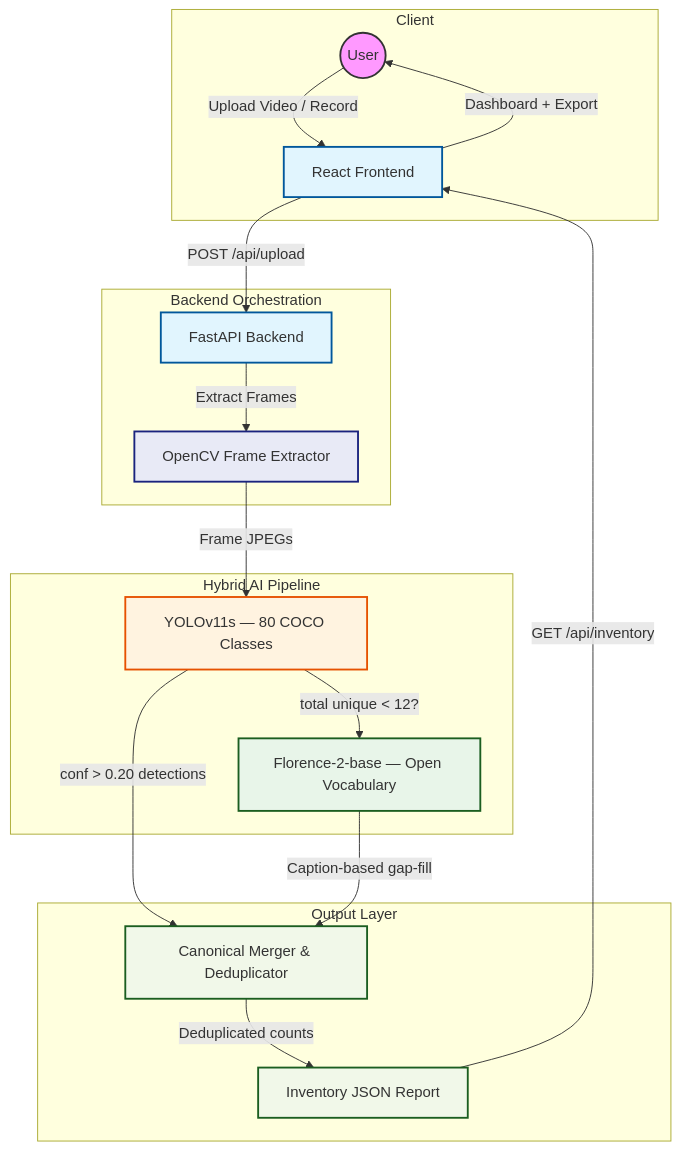
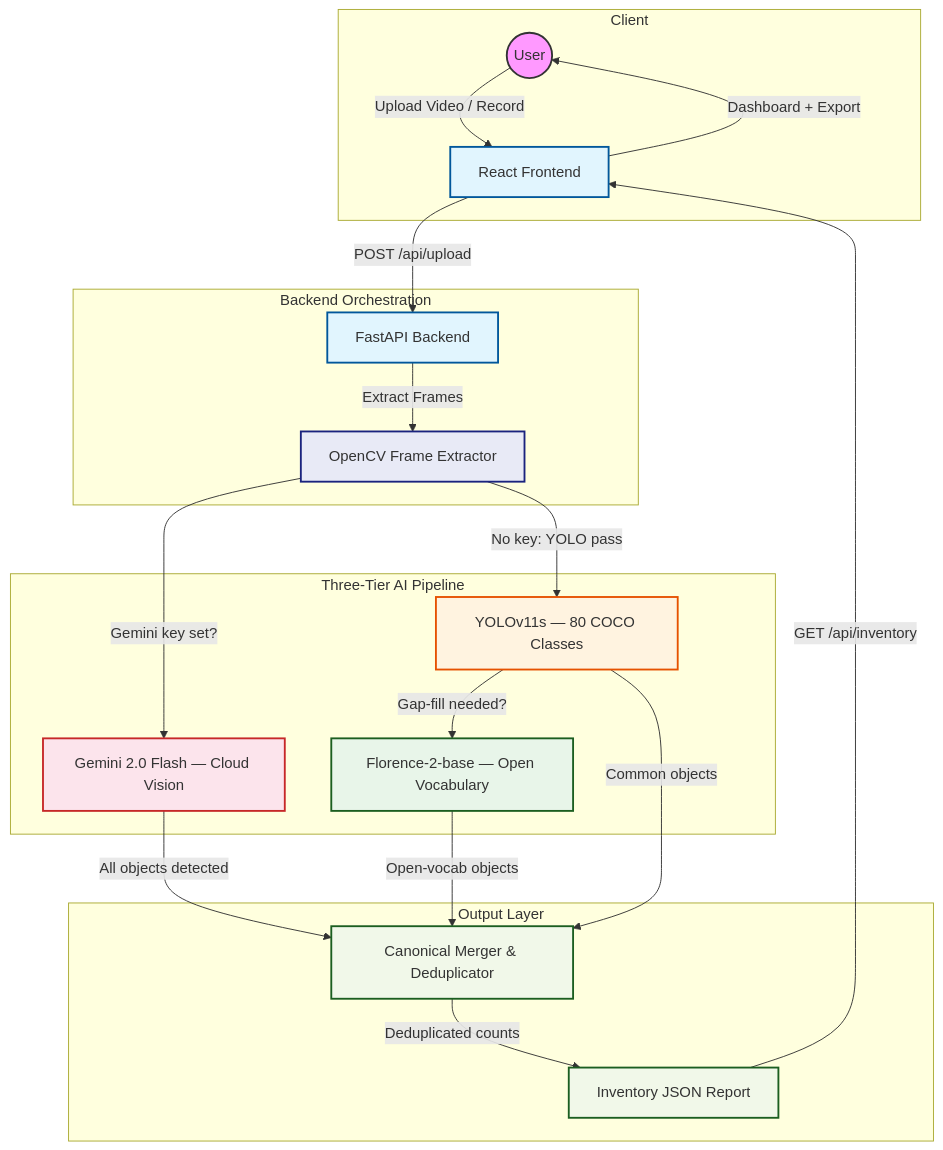
Before and after one commit to hyndhavamahesh345/Vision: the diagram in README.md, drawn with Mermaid. The commit also changed other lines of this file and 1 other file, not shown here.

Commit message:
docs: update README with three-tier pipeline, Gemini primary + Florence-2 fallback

````diff
--- a/README.md
+++ b/README.md
@@ -32,42 +30,46 @@
 ```mermaid
 graph TD
 subgraph Client
   U((User))
   FE[React Frontend]
 end
 
 subgraph "Backend Orchestration"
   BE[FastAPI Backend]
   CV[OpenCV Frame Extractor]
 end
 
-subgraph "Hybrid AI Pipeline"
+subgraph "Three-Tier AI Pipeline"
+  G[Gemini 2.0 Flash — Cloud Vision]
   YOLO[YOLOv11s — 80 COCO Classes]
   F2[Florence-2-base — Open Vocabulary]
 end
 
 subgraph "Output Layer"
   MERGE[Canonical Merger & Deduplicator]
   REPORT[Inventory JSON Report]
 end
 
 U -->|Upload Video / Record| FE
 FE -->|POST /api/upload| BE
 BE -->|Extract Frames| CV
-CV -->|Frame JPEGs| YOLO
-YOLO -->|conf > 0.20 detections| MERGE
-YOLO -->|total unique < 12?| F2
-F2 -->|Caption-based gap-fill| MERGE
+CV -->|Gemini key set?| G
+G -->|All objects detected| MERGE
+CV -->|No key: YOLO pass| YOLO
+YOLO -->|Gap-fill needed?| F2
+F2 -->|Open-vocab objects| MERGE
+YOLO -->|Common objects| MERGE
 MERGE -->|Deduplicated counts| REPORT
 REPORT -->|GET /api/inventory| FE
 FE -->|Dashboard + Export| U
 
 style U fill:#f9f,stroke:#333,stroke-width:2px
 style FE fill:#e1f5fe,stroke:#01579b,stroke-width:2px
 style BE fill:#e1f5fe,stroke:#01579b,stroke-width:2px
 style CV fill:#e8eaf6,stroke:#1a237e,stroke-width:2px
+style G fill:#fce4ec,stroke:#c62828,stroke-width:2px
 style YOLO fill:#fff3e0,stroke:#e65100,stroke-width:2px
 style F2 fill:#e8f5e9,stroke:#1b5e20,stroke-width:2px
 style MERGE fill:#f1f8e9,stroke:#1b5e20,stroke-width:2px
 style REPORT fill:#f1f8e9,stroke:#1b5e20,stroke-width:2px
 ```
````
